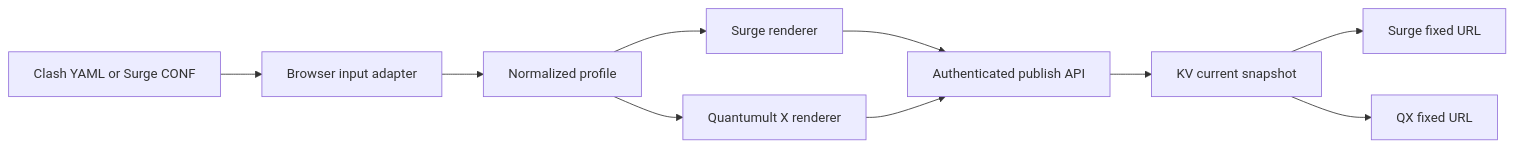
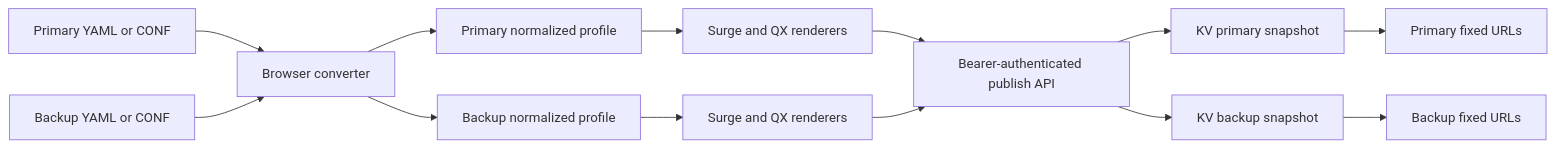
One commit to niyangup/proxy-profile-service changed the diagram in doc/architecture/overview.md. Above: the diagram before and after it, drawn with Mermaid. The commit also changed other lines of this file and 16 other files, not shown here.

Commit message:
Add primary and backup profile slots

````diff
--- a/doc/architecture/overview.md
+++ b/doc/architecture/overview.md
@@ -5,12 +5,15 @@
 ```mermaid
 flowchart LR
-  A[Clash YAML or Surge CONF] --> B[Browser input adapter]
-  B --> C[Normalized profile]
-  C --> D[Surge renderer]
-  C --> E[Quantumult X renderer]
-  D --> F[Authenticated publish API]
-  E --> F
-  F --> G[KV current snapshot]
-  G --> I[Surge fixed URL]
-  G --> J[QX fixed URL]
+  A[Primary YAML or CONF] --> C[Browser converter]
+  B[Backup YAML or CONF] --> C
+  C --> D[Primary normalized profile]
+  C --> E[Backup normalized profile]
+  D --> F[Surge and QX renderers]
+  E --> G[Surge and QX renderers]
+  F --> H[Bearer-authenticated publish API]
+  G --> H
+  H --> I[KV primary snapshot]
+  H --> J[KV backup snapshot]
+  I --> K[Primary fixed URLs]
+  J --> L[Backup fixed URLs]
 ```
````
